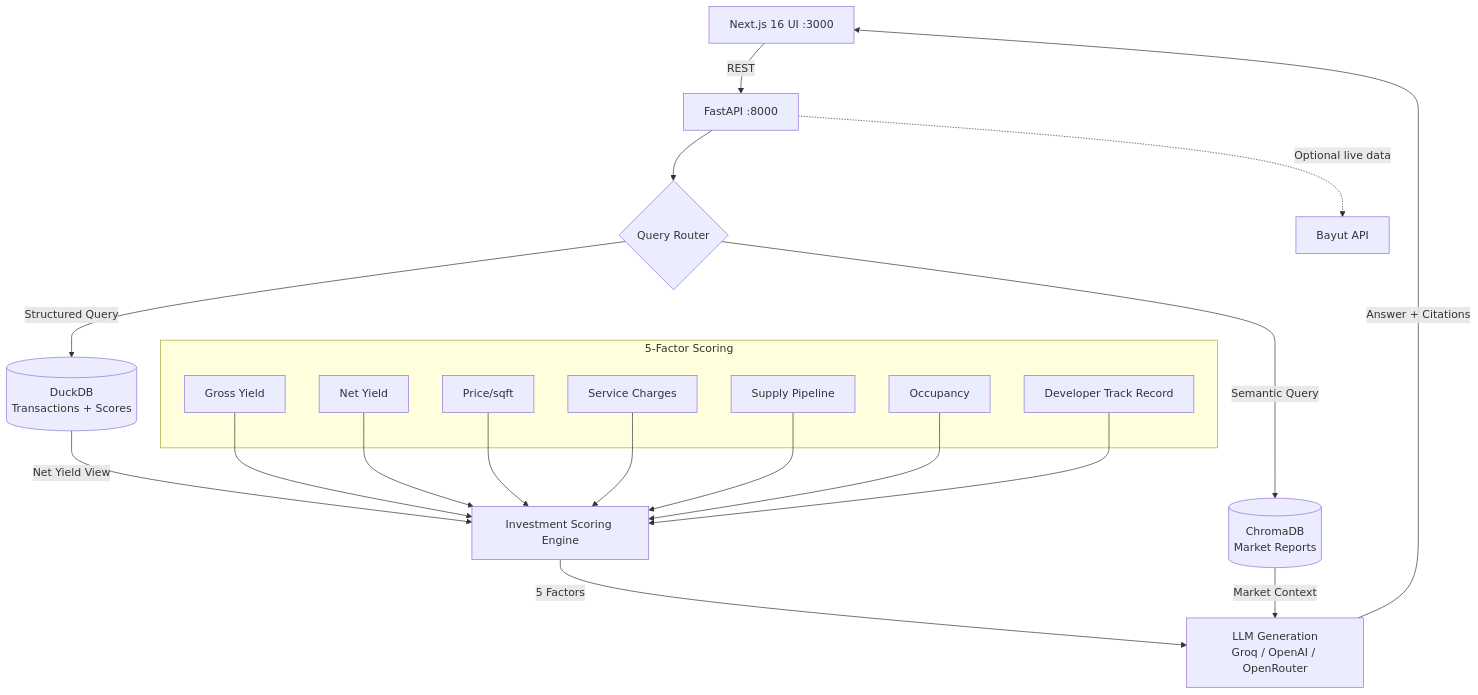
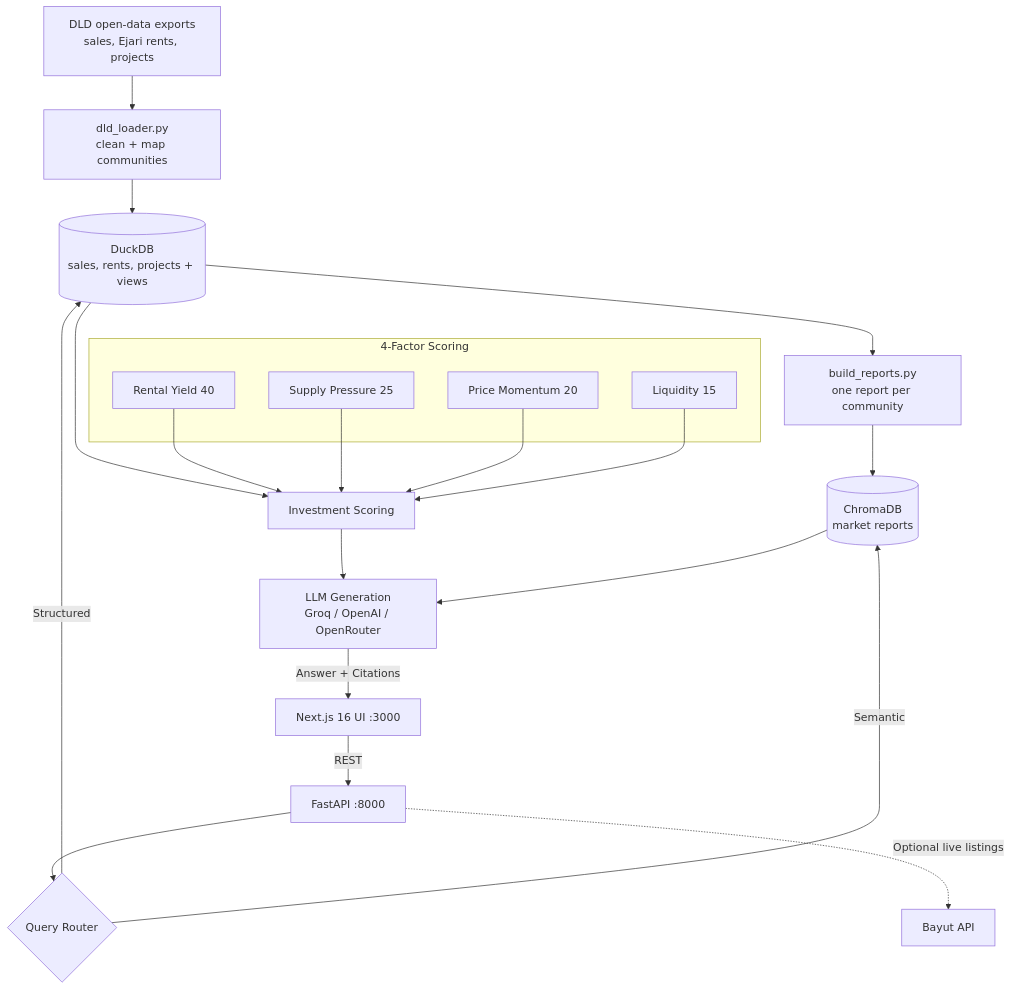
Before and after one commit to ahmedbasolan/dubai-property-bot: the diagram in README.md, drawn with Mermaid. The commit also changed other lines of this file and 73 other files, not shown here.

First line of the commit message:
Replace generated data with Dubai Land Department open data

````diff
--- a/README.md
+++ b/README.md
@@ -9,33 +9,29 @@
 ```mermaid
 graph TB
+    DLD[DLD open-data exports<br/>sales, Ejari rents, projects] --> Loader[dld_loader.py<br/>clean + map communities]
+    Loader --> DuckDB[(DuckDB<br/>sales, rents, projects + views)]
+    DuckDB --> Reports[build_reports.py<br/>one report per community]
+    Reports --> ChromaDB[(ChromaDB<br/>market reports)]
+
     UI[Next.js 16 UI :3000] -->|REST| API[FastAPI :8000]
     API --> Router{Query Router}
+    Router -->|Structured| DuckDB
+    Router -->|Semantic| ChromaDB
+    API -.->|Optional live listings| Bayut[Bayut API]
 
-    Router -->|Structured Query| DuckDB[(DuckDB<br/>Transactions + Scores)]
-    Router -->|Semantic Query| ChromaDB[(ChromaDB<br/>Market Reports)]
-    API -.->|Optional live data| Bayut[Bayut API]
-
-    DuckDB --> |Net Yield View| Scores[Investment Scoring Engine]
-    Scores --> |5 Factors| LLM[LLM Generation<br/>Groq / OpenAI / OpenRouter]
-    ChromaDB --> |Market Context| LLM
-
+    DuckDB --> Scores[Investment Scoring]
+    Scores --> LLM[LLM Generation<br/>Groq / OpenAI / OpenRouter]
+    ChromaDB --> LLM
     LLM --> |Answer + Citations| UI
 
-    subgraph "5-Factor Scoring"
-        S1[Gross Yield]
-        S2[Net Yield]
-        S3[Price/sqft]
-        S4[Service Charges]
-        S5[Supply Pipeline]
-        S6[Occupancy]
-        S7[Developer Track Record]
+    subgraph "4-Factor Scoring"
+        S1[Rental Yield 40]
+        S2[Supply Pressure 25]
+        S3[Price Momentum 20]
+        S4[Liquidity 15]
     end
-
     S1 --> Scores
     S2 --> Scores
     S3 --> Scores
     S4 --> Scores
-    S5 --> Scores
-    S6 --> Scores
-    S7 --> Scores
 ```
````
